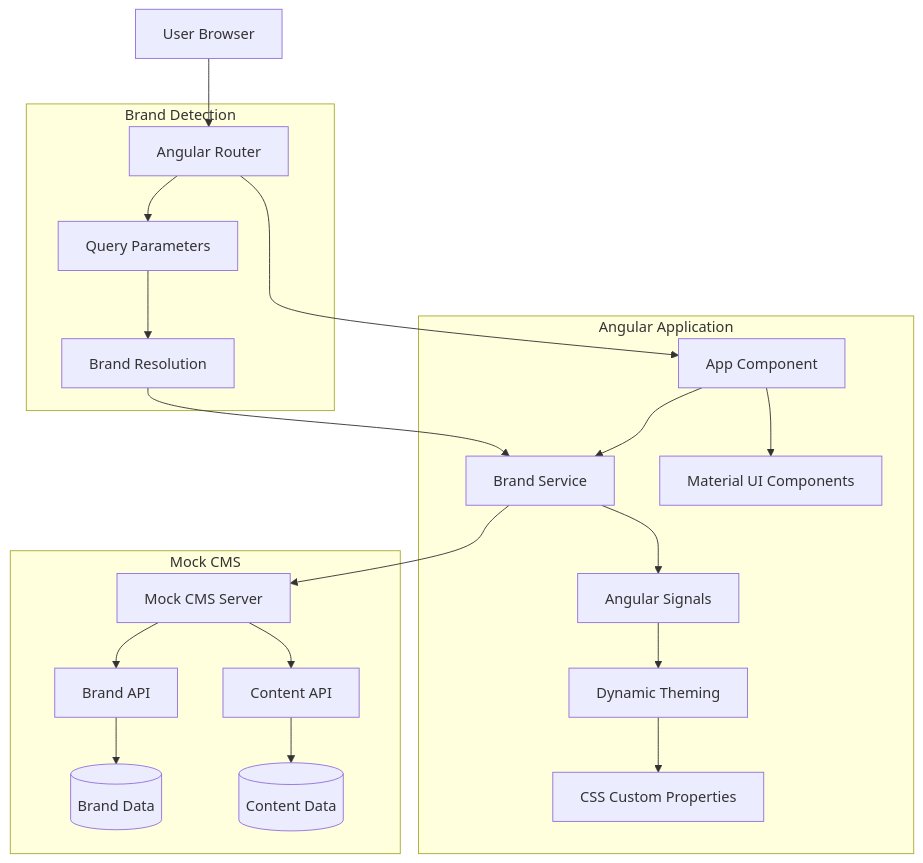
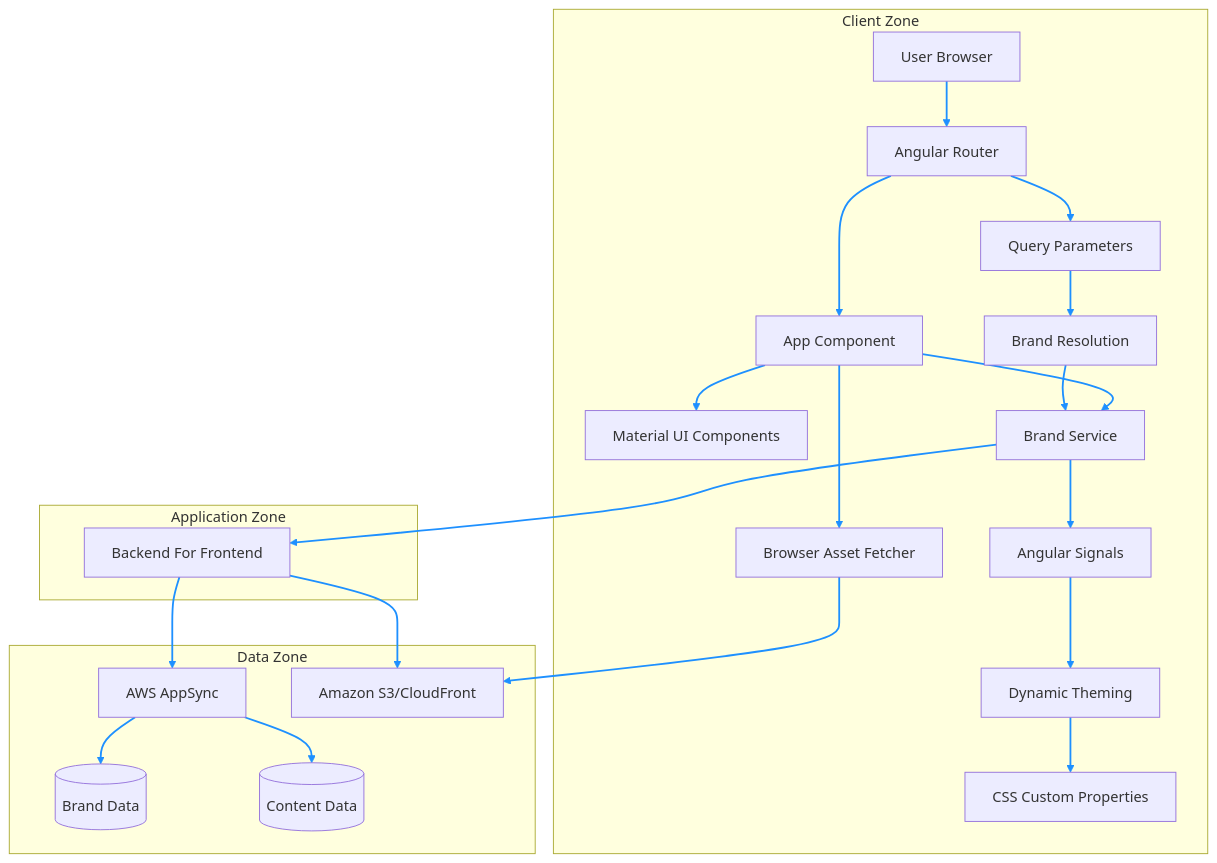
Before and after one commit to taji/ng-multi-brand: the first of 2 diagrams in architecture/architecture.md, drawn with Mermaid. The commit also changed other lines of this file and 3 other files, not shown here.

First line of the commit message:
feat: Refine architecture diagrams and update mock service to BFF

````diff
--- a/architecture/architecture.md
+++ b/architecture/architecture.md
@@ -5,27 +5,50 @@
 ```mermaid
 graph TB
-    User[User Browser] --> Router[Angular Router]
-    Router --> App[App Component]
-    App --> BrandService[Brand Service]
-    BrandService --> CMS[Mock CMS Server]
-    
-    subgraph "Angular Application"
-        App --> UI[Material UI Components]
-        BrandService --> Signals[Angular Signals]
-        Signals --> Theme[Dynamic Theming]
-        Theme --> CSS[CSS Custom Properties]
+    %% make connectors visible everywhere
+    linkStyle default stroke:#1E90FF,stroke-width:2px;
+
+    subgraph "Client Zone"
+        User[User Browser]
+        Router[Angular Router]
+        App[App Component]
+        QueryParams[Query Parameters]
+        BrandResolver[Brand Resolution]
+        UI[Material UI Components]
+        BrandService[Brand Service]
+        Signals[Angular Signals]
+        Theme[Dynamic Theming]
+        CSS[CSS Custom Properties]
+        BrowserAssetFetcher[Browser Asset Fetcher]
+
+        User --> Router
+        Router --> App
+        App --> BrandService
+        App --> UI
+        BrandService --> Signals
+        Signals --> Theme
+        Theme --> CSS
+        Router --> QueryParams
+        QueryParams --> BrandResolver
+        BrandResolver --> BrandService
+        App --> BrowserAssetFetcher
     end
-    
-    subgraph "Mock CMS"
-        CMS --> BrandAPI[Brand API]
-        CMS --> ContentAPI[Content API]
-        BrandAPI --> BrandData[(Brand Data)]
-        ContentAPI --> ContentData[(Content Data)]
+
+    subgraph "Application Zone"
+        BFF[Backend For Frontend]
     end
-    
-    subgraph "Brand Detection"
-        Router --> QueryParams[Query Parameters]
-        QueryParams --> BrandResolver[Brand Resolution]
-        BrandResolver --> BrandService
+
+    subgraph "Data Zone"
+        AS[AWS AppSync]
+        S3CF[Amazon S3/CloudFront]
+        BrandData[(Brand Data)]
+        ContentData[(Content Data)]
+
+        AS --> BrandData
+        AS --> ContentData
+        BrowserAssetFetcher --> S3CF
     end
+
+    BrandService --> BFF
+    BFF --> AS
+    BFF --> S3CF
 ```
````
